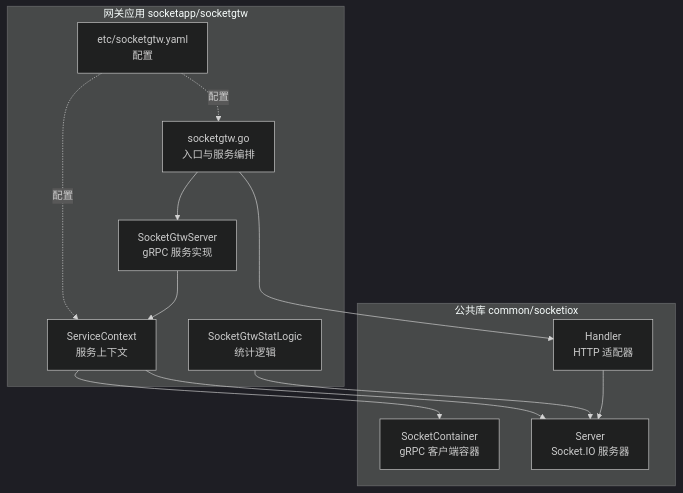
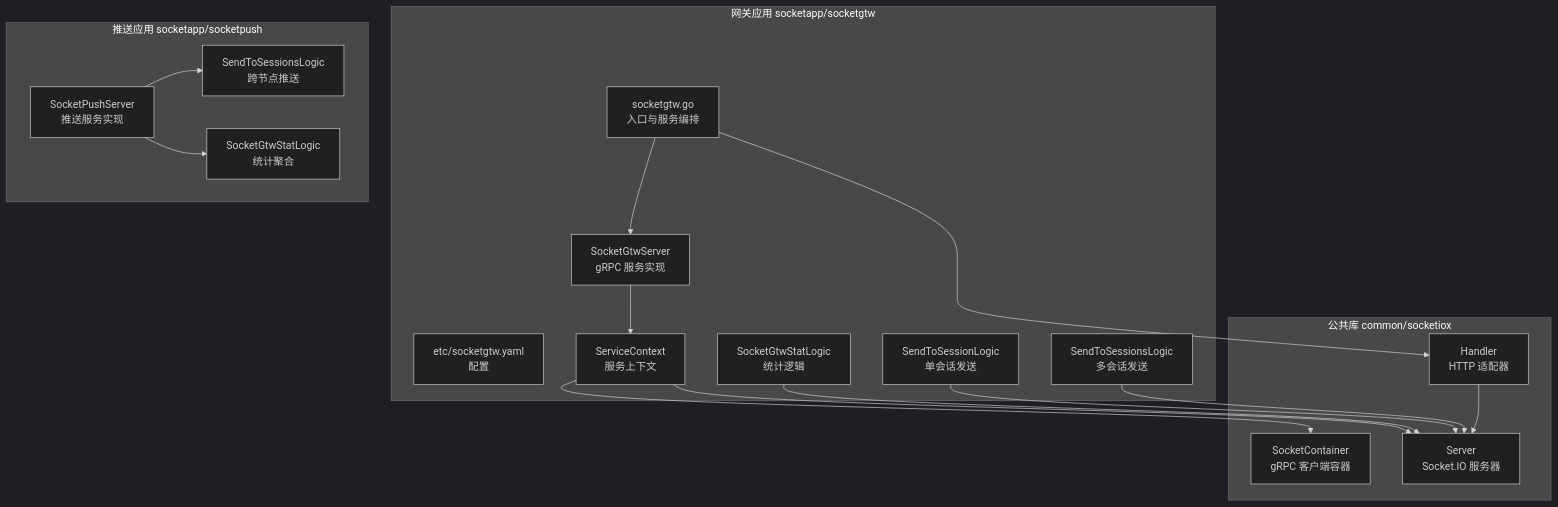
One commit to maomao94/zero-service changed the first of 10 diagrams in .qoder/repowiki/zh/content/实时通信模块/SocketIO网关服务/SocketIO网关服务.md. Above: the diagram before and after it, drawn with Mermaid (dark theme). The commit also changed other lines of this file and 15 other files, not shown here.

````diff
--- a/.qoder/repowiki/zh/content/实时通信模块/SocketIO网关服务/SocketIO网关服务.md
+++ b/.qoder/repowiki/zh/content/实时通信模块/SocketIO网关服务/SocketIO网关服务.md
@@ -45,24 +51,33 @@
 ```mermaid
 graph TB
 subgraph "公共库 common/socketiox"
 S["Server<br/>Socket.IO 服务器"]
 H["Handler<br/>HTTP 适配器"]
 C["SocketContainer<br/>gRPC 客户端容器"]
 end
 subgraph "网关应用 socketapp/socketgtw"
 G["socketgtw.go<br/>入口与服务编排"]
 CFG["etc/socketgtw.yaml<br/>配置"]
 SVC["ServiceContext<br/>服务上下文"]
 RPC["SocketGtwServer<br/>gRPC 服务实现"]
 STAT["SocketGtwStatLogic<br/>统计逻辑"]
+SEND1["SendToSessionLogic<br/>单会话发送"]
+SEND2["SendToSessionsLogic<br/>多会话发送"]
+end
+subgraph "推送应用 socketapp/socketpush"
+PUSH["SocketPushServer<br/>推送服务实现"]
+PSTAT["SocketGtwStatLogic<br/>统计聚合"]
+PSEND["SendToSessionsLogic<br/>跨节点推送"]
 end
 G --> H
 H --> S
 G --> RPC
 SVC --> S
 SVC --> C
 RPC --> SVC
 STAT --> S
-CFG -. 配置 .-> G
-CFG -. 配置 .-> SVC
+SEND1 --> S
+SEND2 --> S
+PUSH --> PSEND
+PUSH --> PSTAT
 ```
````
